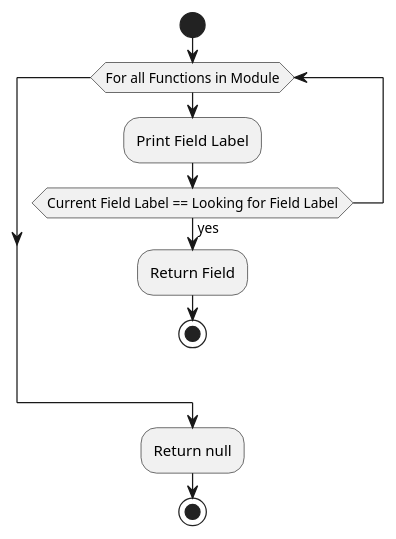
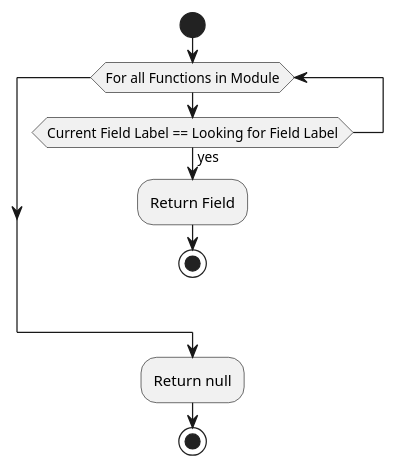
Before and after one commit to ontological-behavior-modeling/tester: the diagram in src/main/javadoc/edu/gatech/gtri/obm/alloy/translator/doc-files/AlloyUtils_getFunction.puml, drawn with PlantUML. The commit also changed 16 other files, not shown here.

```diff
--- a/src/main/javadoc/edu/gatech/gtri/obm/alloy/translator/doc-files/AlloyUtils_getFunction.puml
+++ b/src/main/javadoc/edu/gatech/gtri/obm/alloy/translator/doc-files/AlloyUtils_getFunction.puml
@@ -1,12 +1,11 @@
 @startuml
 start
 while(For all Functions in Module)
-:Print Field Label;
-if (Current Field Label == Looking for Field Label) then (yes)
-:Return Field;
-stop
-endif
+	if (Current Field Label == Looking for Field Label) then (yes)
+		:Return Field;
+		stop
+	endif
 endwhile
 :Return null;
 stop
 @enduml
```
